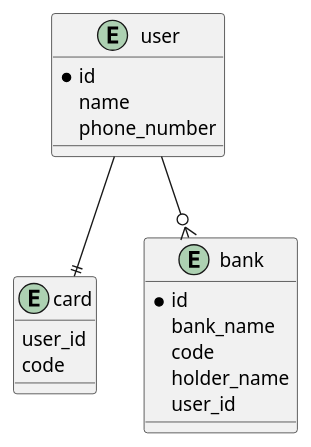
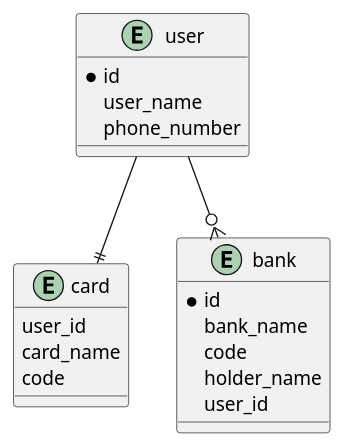
The diagram in EWallet/diagram/EWallet.puml (ntan1902/TrainingVNG), drawn with PlantUML before and after one commit. The commit also changed 28 other files, not shown here.

```diff
--- a/EWallet/diagram/EWallet.puml
+++ b/EWallet/diagram/EWallet.puml
@@ -1,27 +1,28 @@
 @startuml
 
 entity user {
     *id
-    name
+    user_name
     phone_number
 }
 
 entity card {
     user_id
+    card_name
     code
 
 }
 
 entity bank {
     *id
     bank_name
     code
     holder_name
     user_id
 }
 
 user --|| card
 user --o{ bank
 
 
 @enduml
```
